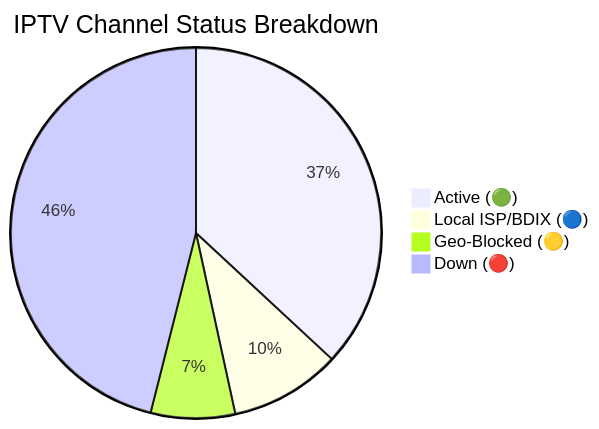
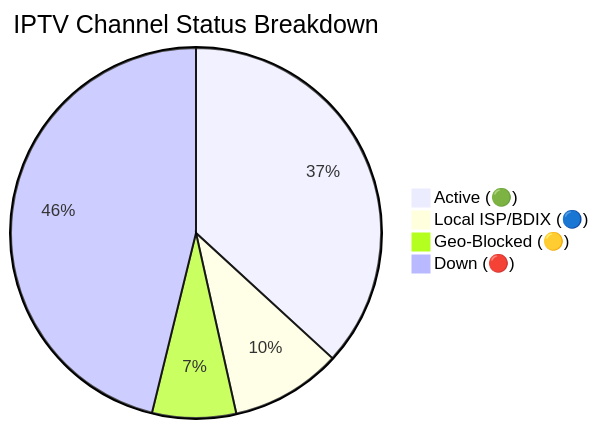
Before and after one commit to Zaman-Topu/Ip-tv-Collection: the diagram in README.md, drawn with Mermaid. The commit also changed other lines of this file and 1 other file, not shown here.

Commit message:
docs(readme): auto-update daily channel status chart

````diff
--- a/README.md
+++ b/README.md
@@ -59,7 +59,7 @@
 ```mermaid
 pie title IPTV Channel Status Breakdown
-    "Active (🟢)" : 2924
+    "Active (🟢)" : 2917
     "Local ISP/BDIX (🔵)" : 767
-    "Geo-Blocked (🟡)" : 582
-    "Down (🔴)" : 3649
+    "Geo-Blocked (🟡)" : 580
+    "Down (🔴)" : 3658
 ```
````
